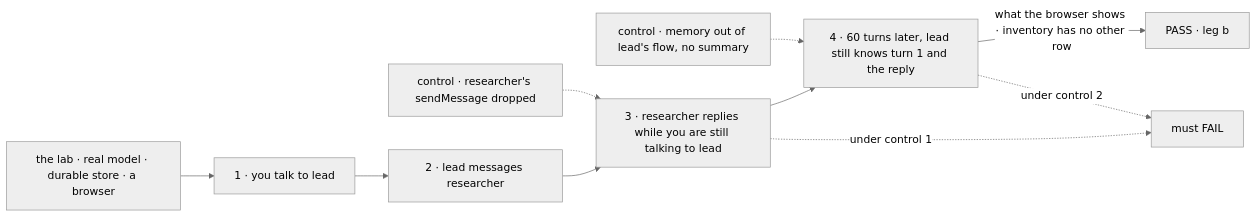
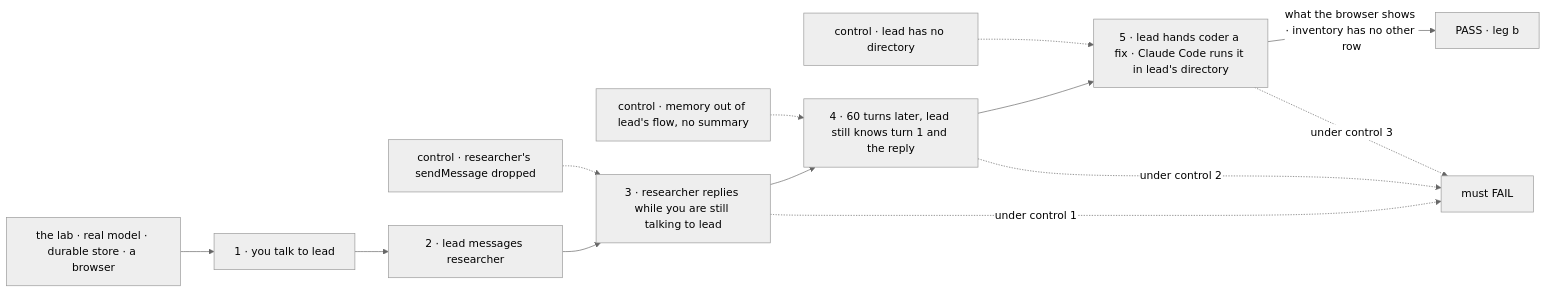
Before and after one commit to fixpoint-labs/flow-state-dev: the diagram in specs/issues/FIX-2154/SPEC.md, drawn with Mermaid (neutral theme). The commit also changed other lines of this file and 4 other files, not shown here.

````diff
--- a/specs/issues/FIX-2154/SPEC.md
+++ b/specs/issues/FIX-2154/SPEC.md
@@ -29,12 +32,15 @@
 ```mermaid
 flowchart LR
   L["the lab · real model · durable store · a browser"] --> S1["1 · you talk to lead"]
   S1 --> S2["2 · lead messages researcher"]
   S2 --> S3["3 · researcher replies while you are still talking to lead"]
   S3 --> S4["4 · 60 turns later, lead still knows turn 1 and the reply"]
-  S4 -->|"what the browser shows · inventory has no other row"| P["PASS · leg b"]
+  S4 --> S5["5 · lead hands coder a fix · Claude Code runs it in lead's directory"]
+  S5 -->|"what the browser shows · inventory has no other row"| P["PASS · leg b"]
   C1["control · researcher's sendMessage dropped"] -.-> S3
   C2["control · memory out of lead's flow, no summary"] -.-> S4
   S3 -.->|"under control 1"| F["must FAIL"]
+  C3["control · lead has no directory"] -.-> S5
   S4 -.->|"under control 2"| F
+  S5 -.->|"under control 3"| F
 ```
````
